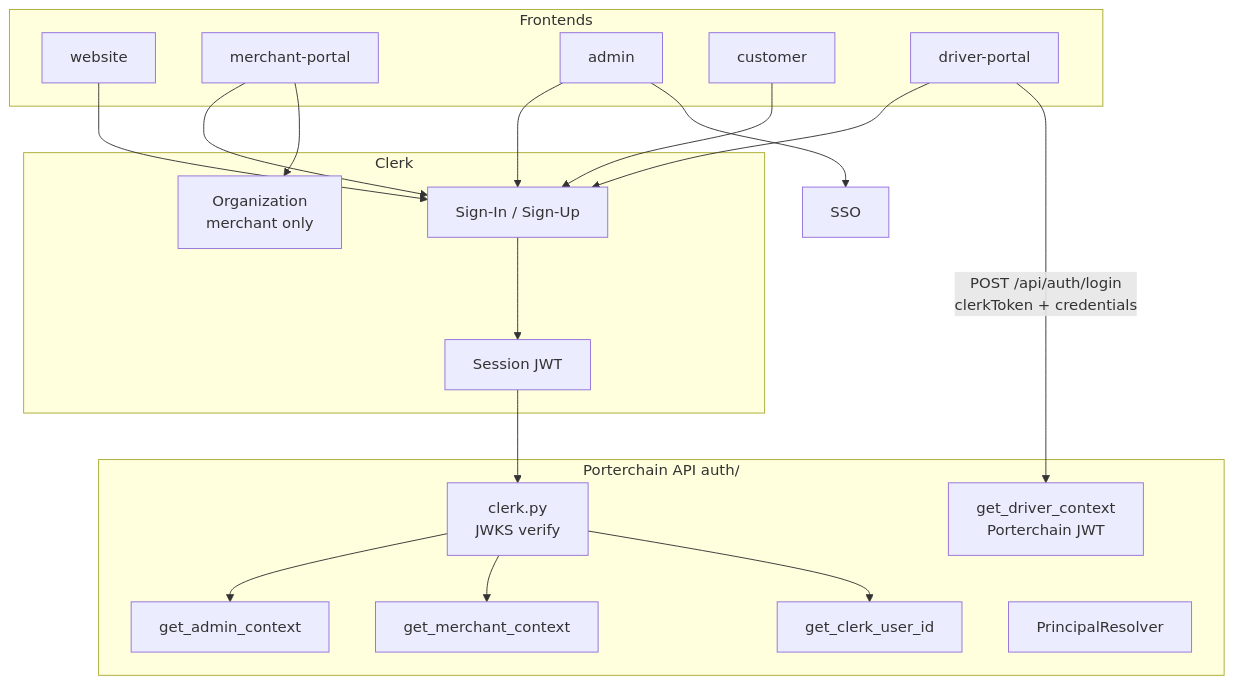
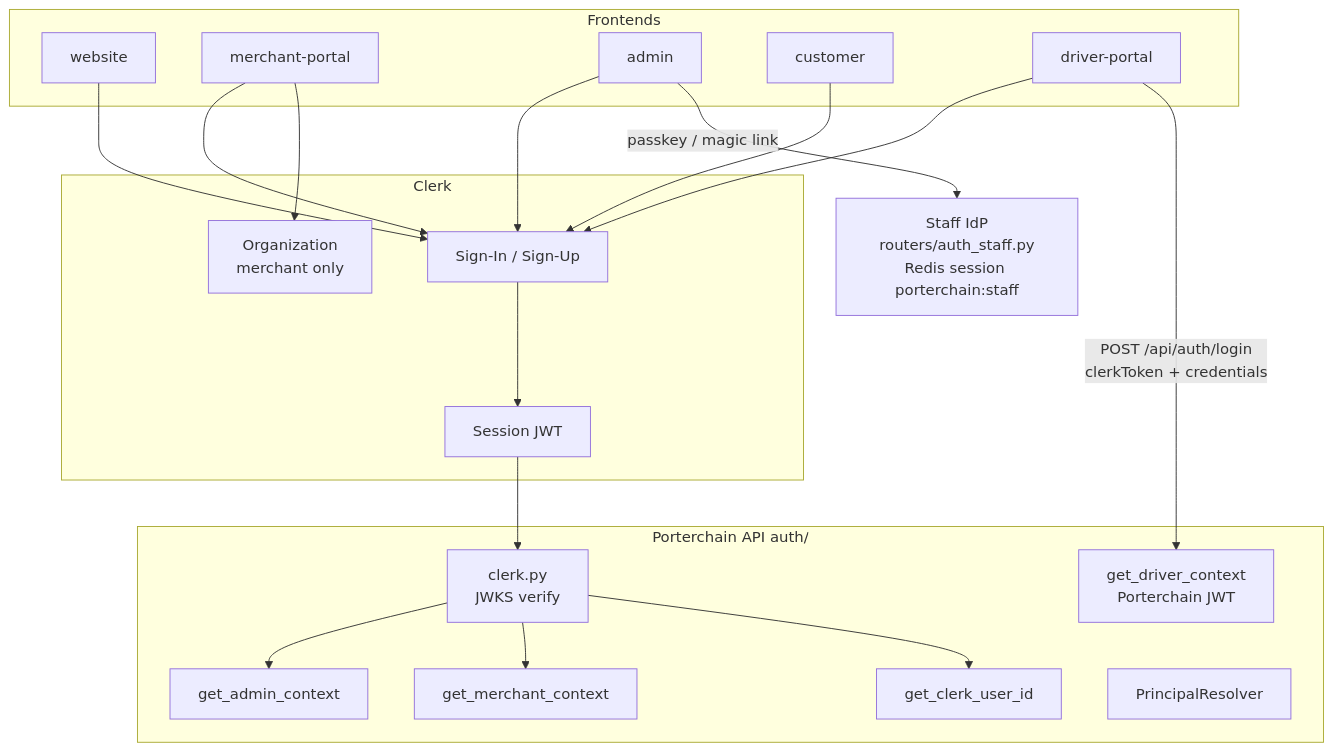
Before and after one commit to PORTERCHAIN-INC/PCD: the diagram in docs/architecture/mermaid/authentication_flow.mmd, drawn with Mermaid. The commit also changed 13 other files, not shown here.

Commit message:
docs(architecture): planned state machines (22) and events (23); clean FleetBase-era nodes in mermaid set

```diff
--- a/docs/architecture/mermaid/authentication_flow.mmd
+++ b/docs/architecture/mermaid/authentication_flow.mmd
@@ -1,31 +1,31 @@
 flowchart TB
   subgraph Apps["Frontends"]
     WEB[website]
     MERCH[merchant-portal]
     ADMIN[admin]
     CUST[customer]
     DRV[driver-portal]
   end
 
   subgraph Clerk["Clerk"]
     SIGN[Sign-In / Sign-Up]
     JWT[Session JWT]
     ORG[Organization<br/>merchant only]
   end
 
   subgraph API["Porterchain API auth/"]
     CLERK_MOD[clerk.py<br/>JWKS verify]
     ADMIN_CTX[get_admin_context]
     MERCH_CTX[get_merchant_context]
     CUST_ID[get_clerk_user_id]
     DRV_CTX[get_driver_context<br/>Porterchain JWT]
     PRINC[PrincipalResolver]
   end
 
   WEB & MERCH & ADMIN & CUST & DRV --> SIGN
   SIGN --> JWT
   MERCH --> ORG
   JWT --> CLERK_MOD
   CLERK_MOD --> ADMIN_CTX & MERCH_CTX & CUST_ID
   DRV -->|"POST /api/auth/login<br/>clerkToken + credentials"| DRV_CTX
-  ADMIN --> SSO
+  ADMIN -->|"passkey / magic link"| SSO[Staff IdP<br/>routers/auth_staff.py<br/>Redis session porterchain:staff]
```
